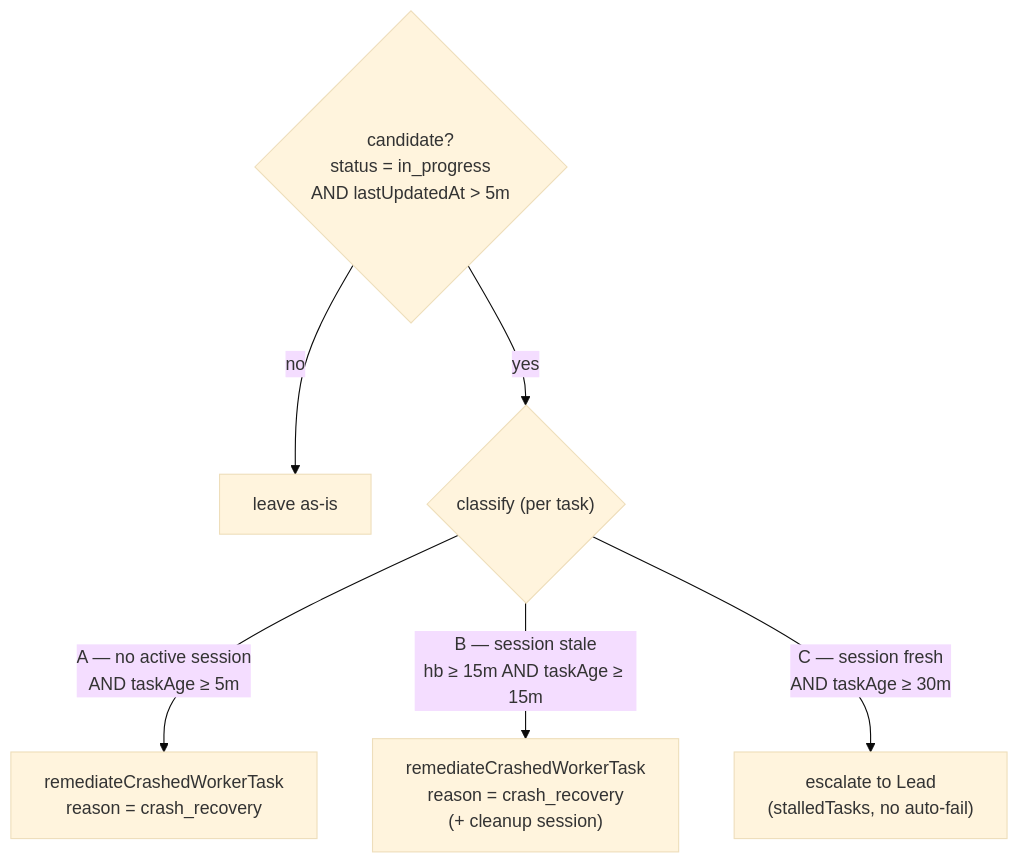
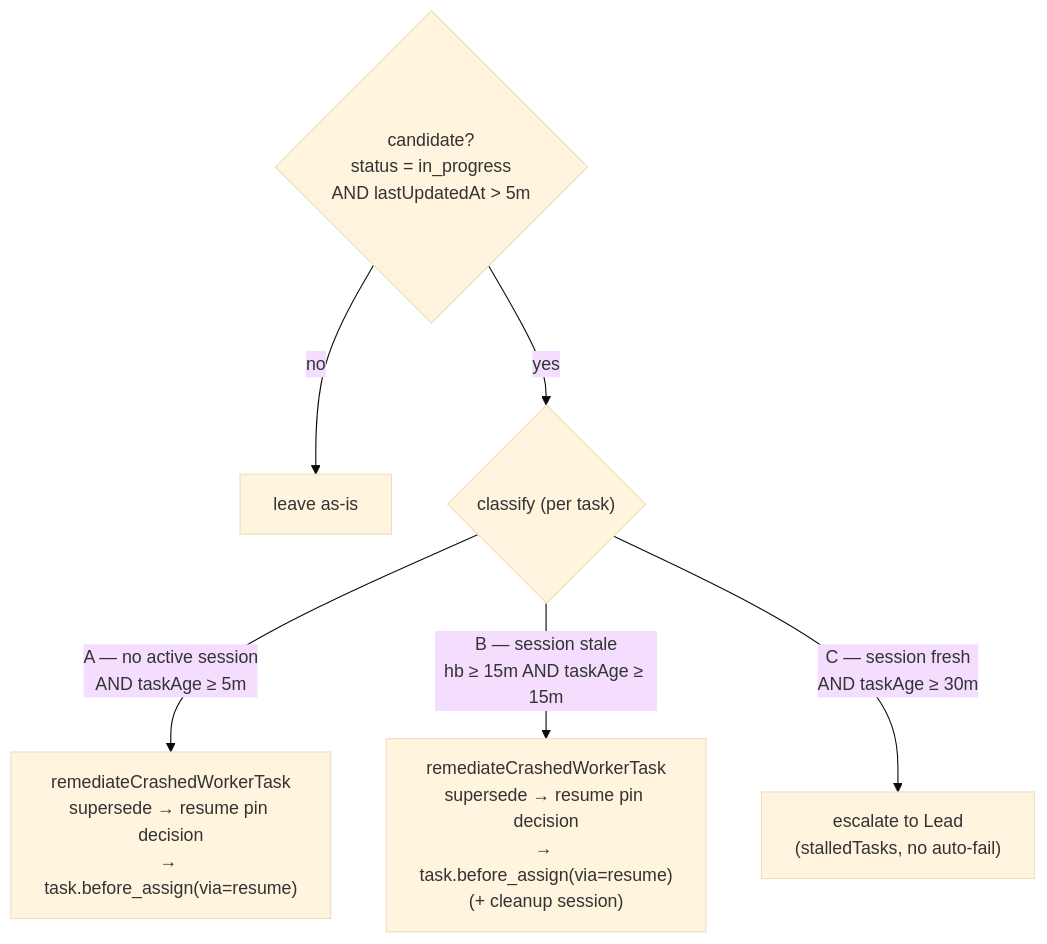
Before and after one commit to desplega-ai/agent-swarm: the second of 4 diagrams in runbooks/heartbeat-crash-recovery.md, drawn with Mermaid (base theme). The commit also changed other lines of this file and 15 other files, not shown here.

````diff
--- a/runbooks/heartbeat-crash-recovery.md
+++ b/runbooks/heartbeat-crash-recovery.md
@@ -30,8 +31,8 @@
 ```mermaid
 flowchart TD
   cand{"candidate?<br/>status = in_progress<br/>AND lastUpdatedAt > 5m"} -- no --> skip["leave as-is"]
   cand -- yes --> cls{"classify (per task)"}
-  cls -->|"A — no active session<br/>AND taskAge ≥ 5m"| remA["remediateCrashedWorkerTask<br/>reason = crash_recovery"]
-  cls -->|"B — session stale<br/>hb ≥ 15m AND taskAge ≥ 15m"| remB["remediateCrashedWorkerTask<br/>reason = crash_recovery<br/>(+ cleanup session)"]
+  cls -->|"A — no active session<br/>AND taskAge ≥ 5m"| remA["remediateCrashedWorkerTask<br/>supersede → resume pin decision<br/>→ task.before_assign(via=resume)"]
+  cls -->|"B — session stale<br/>hb ≥ 15m AND taskAge ≥ 15m"| remB["remediateCrashedWorkerTask<br/>supersede → resume pin decision<br/>→ task.before_assign(via=resume)<br/>(+ cleanup session)"]
   cls -->|"C — session fresh<br/>AND taskAge ≥ 30m"| esc["escalate to Lead<br/>(stalledTasks, no auto-fail)"]
 ```
````
